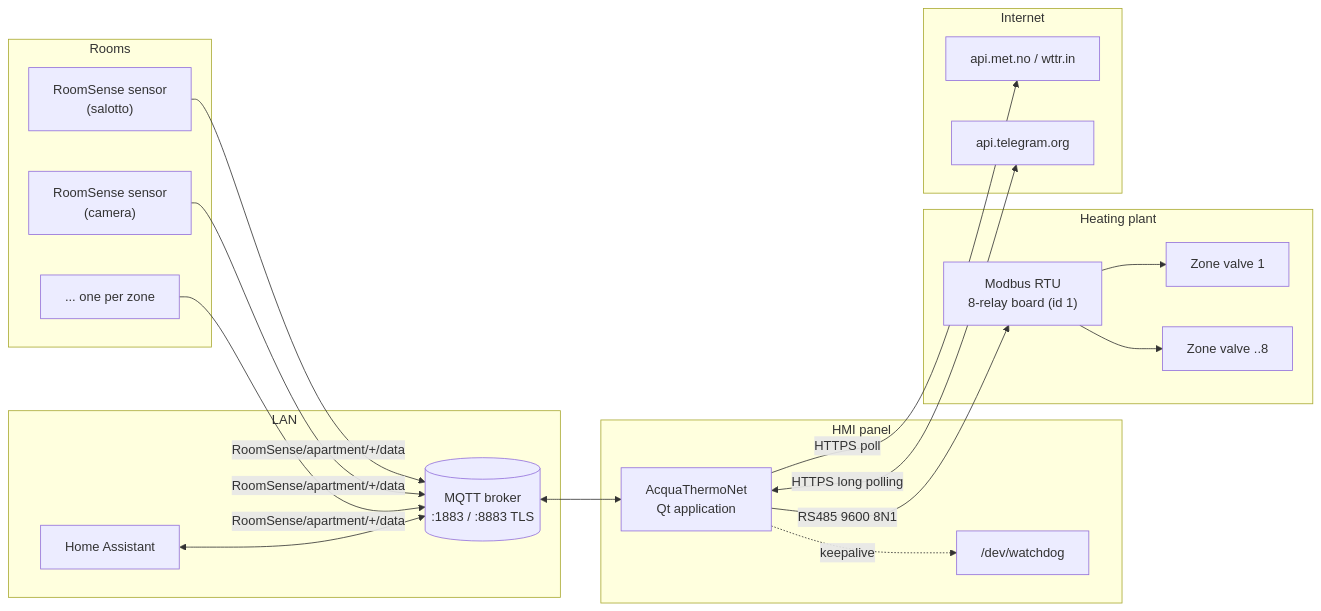
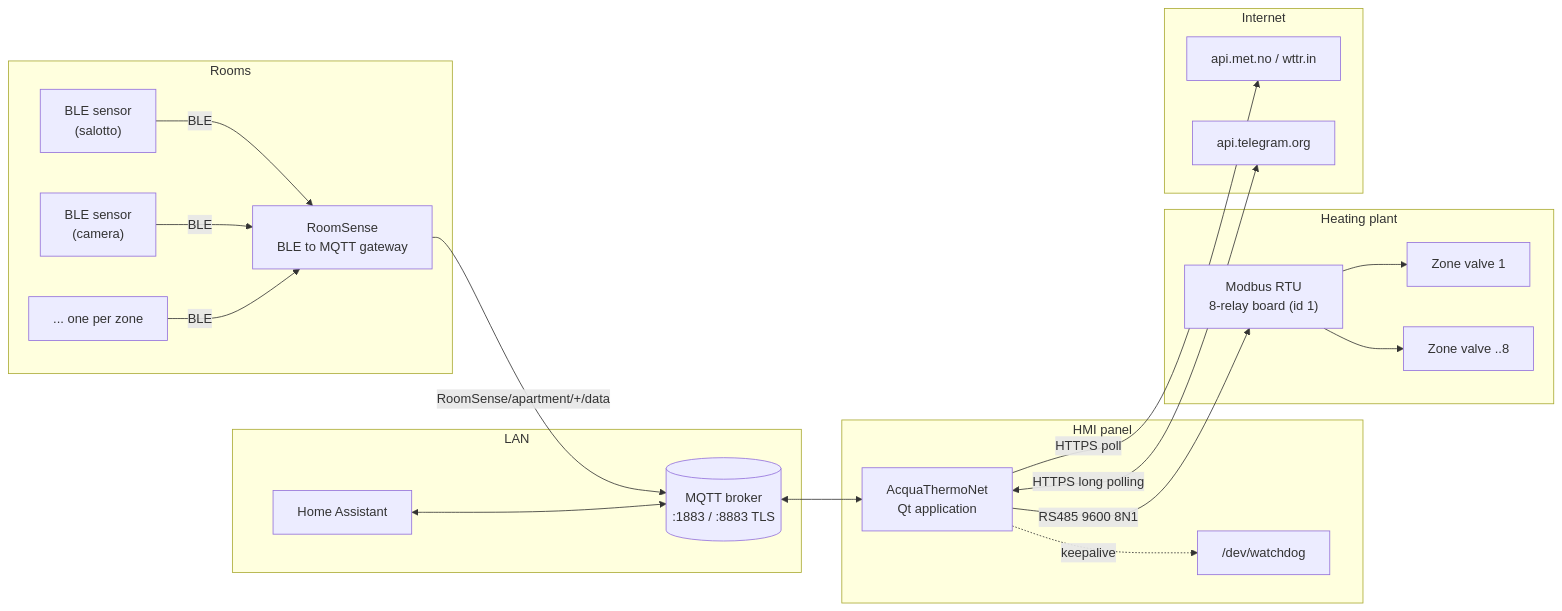
One commit to ska/AcquaThermoNet changed the first of 10 diagrams in docs/DOCUMENTATION.md. Above: the diagram before and after it, drawn with Mermaid. The commit also changed other lines of this file and 21 other files, not shown here.

````diff
--- a/docs/DOCUMENTATION.md
+++ b/docs/DOCUMENTATION.md
@@ -73,38 +73,40 @@
 ```mermaid
 flowchart LR
     subgraph Rooms
-        S1["RoomSense sensor<br/>(salotto)"]
-        S2["RoomSense sensor<br/>(camera)"]
+        S1["BLE sensor<br/>(salotto)"]
+        S2["BLE sensor<br/>(camera)"]
         S3["... one per zone"]
+        RS["RoomSense<br/>BLE to MQTT gateway"]
     end
 
     subgraph LAN
         B[("MQTT broker<br/>:1883 / :8883 TLS")]
         HA["Home Assistant"]
     end
 
     subgraph HMI["HMI panel"]
         APP["AcquaThermoNet<br/>Qt application"]
         WD["/dev/watchdog"]
     end
 
     subgraph Plant["Heating plant"]
         RB["Modbus RTU<br/>8-relay board (id 1)"]
         V1["Zone valve 1"]
         V2["Zone valve ..8"]
     end
 
     subgraph Internet
         MET["api.met.no / wttr.in"]
         TG["api.telegram.org"]
     end
 
-    S1 & S2 & S3 -- "RoomSense/apartment/+/data" --> B
+    S1 & S2 & S3 -- "BLE" --> RS
+    RS -- "RoomSense/apartment/+/data" --> B
     B <--> APP
     HA <--> B
     APP -- "RS485 9600 8N1" --> RB
     RB --> V1 & V2
     APP -- "HTTPS poll" --> MET
     APP <-->|"HTTPS long polling"| TG
     APP -. "keepalive" .-> WD
 ```
````
